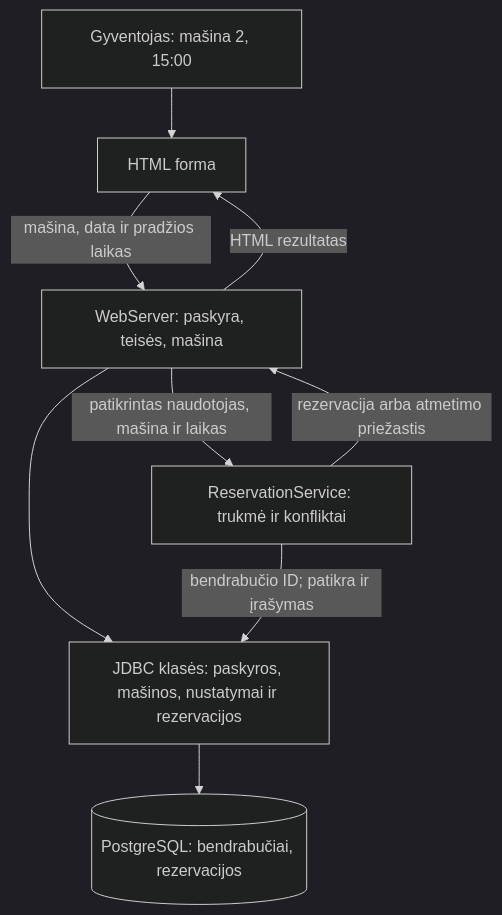
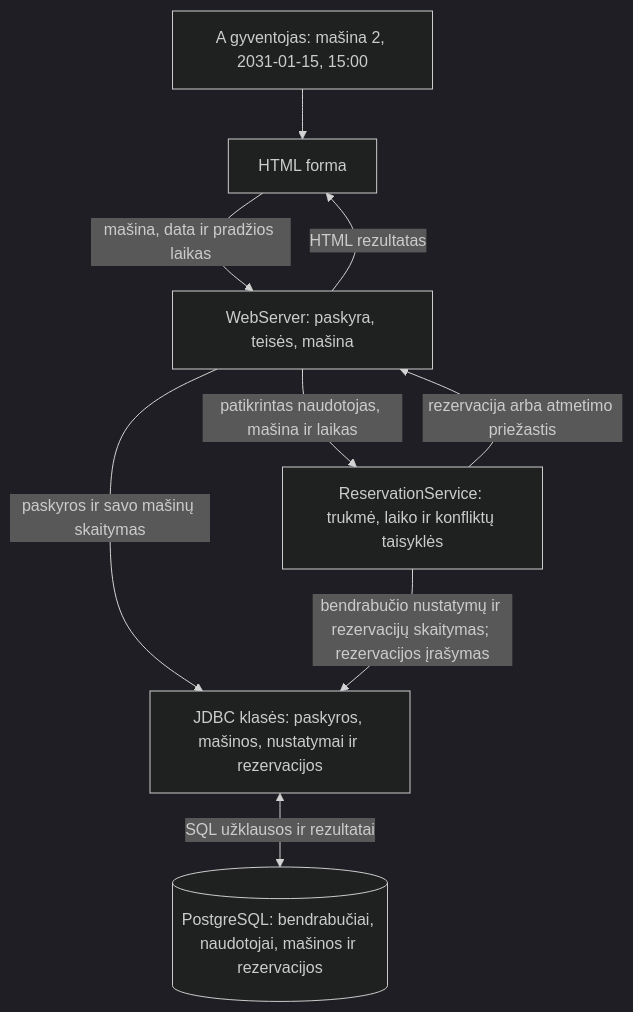
One commit to ssaimonas09/bendrabuciu-skalbyklu-rezervavimo-sistema changed the diagram in III_etapas_architektura.md. Above: the diagram before and after it, drawn with Mermaid (dark theme). The commit also changed other lines of this file and 3 other files, not shown here.

````diff
--- a/III_etapas_architektura.md
+++ b/III_etapas_architektura.md
@@ -11,11 +11,11 @@
 ```mermaid
 flowchart TD
-    U["Gyventojas: mašina 2, 15:00"] --> H["HTML forma"]
+    U["A gyventojas: mašina 2, 2031-01-15, 15:00"] --> H["HTML forma"]
     H -->|"mašina, data ir pradžios laikas"| W["WebServer: paskyra, teisės, mašina"]
-    W -->|"patikrintas naudotojas, mašina ir laikas"| S["ReservationService: trukmė ir konfliktai"]
-    W --> P["JDBC klasės: paskyros, mašinos, nustatymai ir rezervacijos"]
-    S -->|"bendrabučio ID; patikra ir įrašymas"| P
-    P --> D[("PostgreSQL: bendrabučiai, rezervacijos")]
+    W -->|"patikrintas naudotojas, mašina ir laikas"| S["ReservationService: trukmė, laiko ir konfliktų taisyklės"]
+    W -->|"paskyros ir savo mašinų skaitymas"| P["JDBC klasės: paskyros, mašinos, nustatymai ir rezervacijos"]
+    S -->|"bendrabučio nustatymų ir rezervacijų skaitymas; rezervacijos įrašymas"| P
+    P <-->|"SQL užklausos ir rezultatai"| D[("PostgreSQL: bendrabučiai, naudotojai, mašinos ir rezervacijos")]
     S -->|"rezervacija arba atmetimo priežastis"| W
     W -->|"HTML rezultatas"| H
 ```
````
